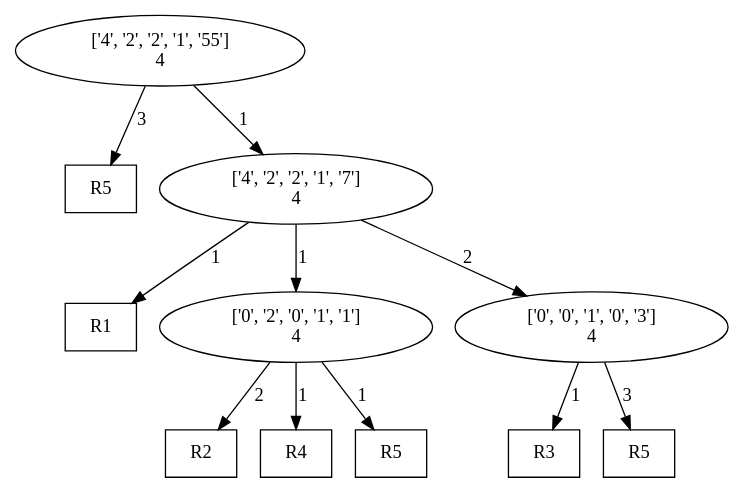
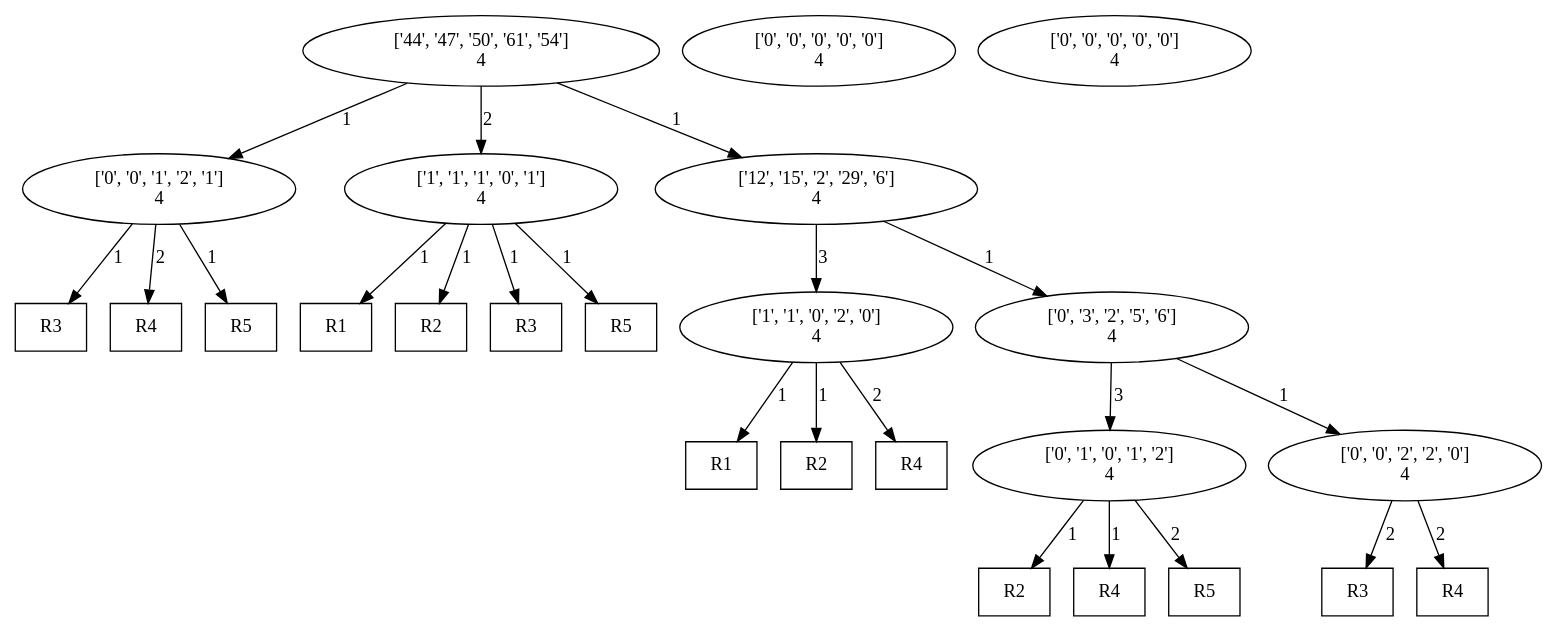
One commit to AbhikKhan/ApproximatedSAT changed the diagram in PossibleRatios/skeletonTreeAfterAnnotation.dot. Above: the diagram before and after it, drawn with Graphviz. The commit also changed 7 other files, not shown here.

```diff
--- a/PossibleRatios/skeletonTreeAfterAnnotation.dot
+++ b/PossibleRatios/skeletonTreeAfterAnnotation.dot
@@ -1,17 +1,35 @@
 digraph "DD" { 
 graph [ ordering = "out"];
-1 [label = "['4', '2', '2', '1', '55']\n4"];
-5000 [shape="box",label = "R5"];
-1 -> 5000[label =3];2 [label = "['4', '2', '2', '1', '7']\n4"];
-5001 [shape="box",label = "R1"];
-2 -> 5001[label =1];3 [label = "['0', '2', '0', '1', '1']\n4"];
-5002 [shape="box",label = "R2"];
-3 -> 5002[label =2];5003 [shape="box",label = "R4"];
-3 -> 5003[label =1];5004 [shape="box",label = "R5"];
-3 -> 5004[label =1];4 [label = "['0', '0', '1', '0', '3']\n4"];
-5005 [shape="box",label = "R3"];
+1 [label = "['44', '47', '50', '61', '54']\n4"];
+2 [label = "['0', '0', '0', '0', '0']\n4"];
+3 [label = "['0', '0', '1', '2', '1']\n4"];
+5000 [shape="box",label = "R3"];
+3 -> 5000[label =1];5001 [shape="box",label = "R4"];
+3 -> 5001[label =2];5002 [shape="box",label = "R5"];
+3 -> 5002[label =1];4 [label = "['1', '1', '1', '0', '1']\n4"];
+5003 [shape="box",label = "R1"];
+4 -> 5003[label =1];5004 [shape="box",label = "R2"];
+4 -> 5004[label =1];5005 [shape="box",label = "R3"];
 4 -> 5005[label =1];5006 [shape="box",label = "R5"];
-4 -> 5006[label =3];1 -> 2[label = 1];
-2 -> 3[label = 1];
-2 -> 4[label = 2];
+4 -> 5006[label =1];5 [label = "['12', '15', '2', '29', '6']\n4"];
+6 [label = "['1', '1', '0', '2', '0']\n4"];
+5007 [shape="box",label = "R1"];
+6 -> 5007[label =1];5008 [shape="box",label = "R2"];
+6 -> 5008[label =1];5009 [shape="box",label = "R4"];
+6 -> 5009[label =2];7 [label = "['0', '0', '0', '0', '0']\n4"];
+8 [label = "['0', '3', '2', '5', '6']\n4"];
+9 [label = "['0', '1', '0', '1', '2']\n4"];
+5010 [shape="box",label = "R2"];
+9 -> 5010[label =1];5011 [shape="box",label = "R4"];
+9 -> 5011[label =1];5012 [shape="box",label = "R5"];
+9 -> 5012[label =2];10 [label = "['0', '0', '2', '2', '0']\n4"];
+5013 [shape="box",label = "R3"];
+10 -> 5013[label =2];5014 [shape="box",label = "R4"];
+10 -> 5014[label =2];1 -> 3[label = 1];
+1 -> 4[label = 2];
+1 -> 5[label = 1];
+5 -> 6[label = 3];
+5 -> 8[label = 1];
+8 -> 9[label = 3];
+8 -> 10[label = 1];
 }
```
